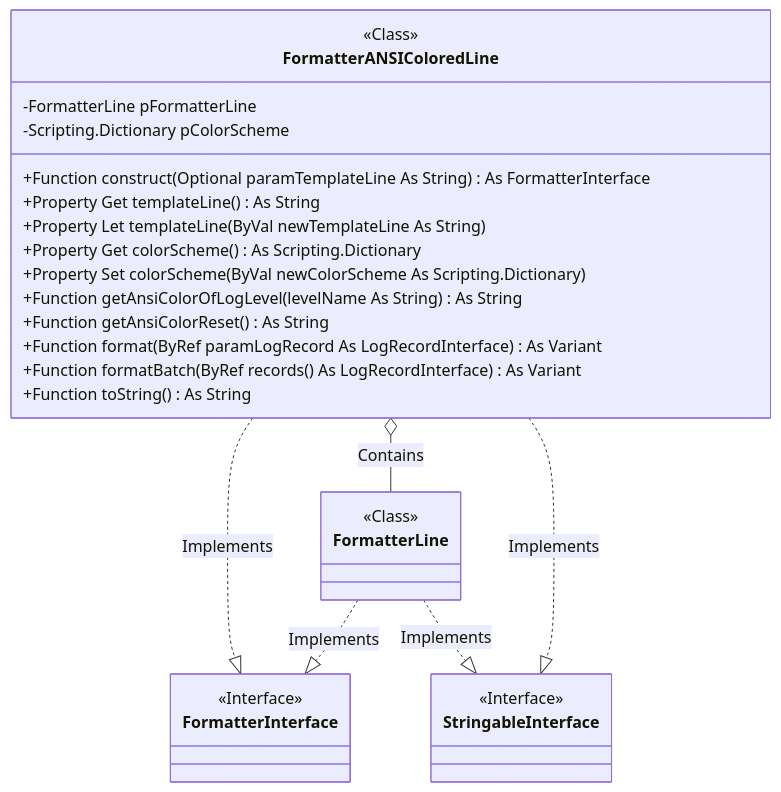
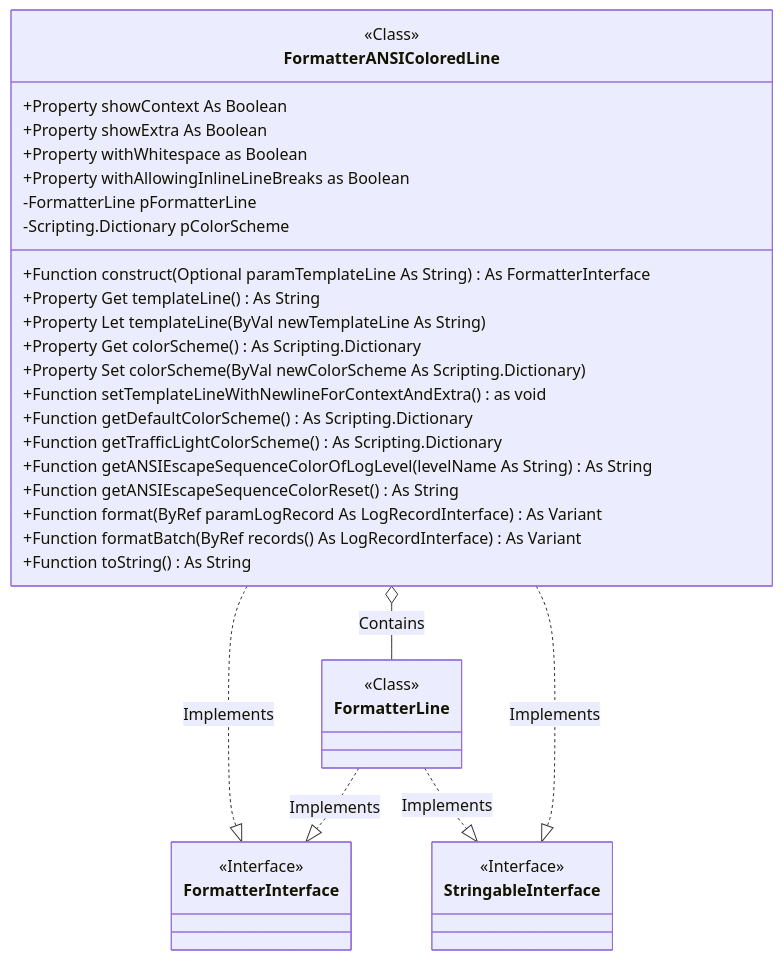
One commit to 6i-software/vba-monologger changed the second of 2 diagrams in docs/src/under-the-hood/formatter.md. Above: the diagram before and after it, drawn with Mermaid. The commit also changed other lines of this file and 20 other files, not shown here.

````diff
--- a/docs/src/under-the-hood/formatter.md
+++ b/docs/src/under-the-hood/formatter.md
@@ -242,38 +301,46 @@
 ```mermaid
 classDiagram
     direction TB
     
     class FormatterANSIColoredLine {
         <<Class>>
         +Function construct(Optional paramTemplateLine As String) As FormatterInterface
         +Property Get templateLine() As String
         +Property Let templateLine(ByVal newTemplateLine As String)
         +Property Get colorScheme() As Scripting.Dictionary
         +Property Set colorScheme(ByVal newColorScheme As Scripting.Dictionary)
-        +Function getAnsiColorOfLogLevel(levelName As String) As String
-        +Function getAnsiColorReset() As String
+        +Property showContext As Boolean
+        +Property showExtra As Boolean
+        +Property withWhitespace as Boolean
+        +Property withAllowingInlineLineBreaks as Boolean
+
+        +Function setTemplateLineWithNewlineForContextAndExtra() as void
+        +Function getDefaultColorScheme() As Scripting.Dictionary
+        +Function getTrafficLightColorScheme() As Scripting.Dictionary
+        +Function getANSIEscapeSequenceColorOfLogLevel(levelName As String) As String
+        +Function getANSIEscapeSequenceColorReset() As String
         +Function format(ByRef paramLogRecord As LogRecordInterface) As Variant
         +Function formatBatch(ByRef records() As LogRecordInterface) As Variant
         +Function toString() As String
         -FormatterLine pFormatterLine
         -Scripting.Dictionary pColorScheme
     }
     
     class FormatterInterface {
         <<Interface>>
     }
     
     class StringableInterface {
         <<Interface>>
     }
     
     class FormatterLine {
         <<Class>>
     }
 
     FormatterLine ..|> FormatterInterface : Implements
     FormatterANSIColoredLine ..|> FormatterInterface : Implements
     FormatterANSIColoredLine ..|> StringableInterface : Implements
     FormatterANSIColoredLine o-- FormatterLine : Contains
     FormatterLine ..|> StringableInterface : Implements
 ```
````
